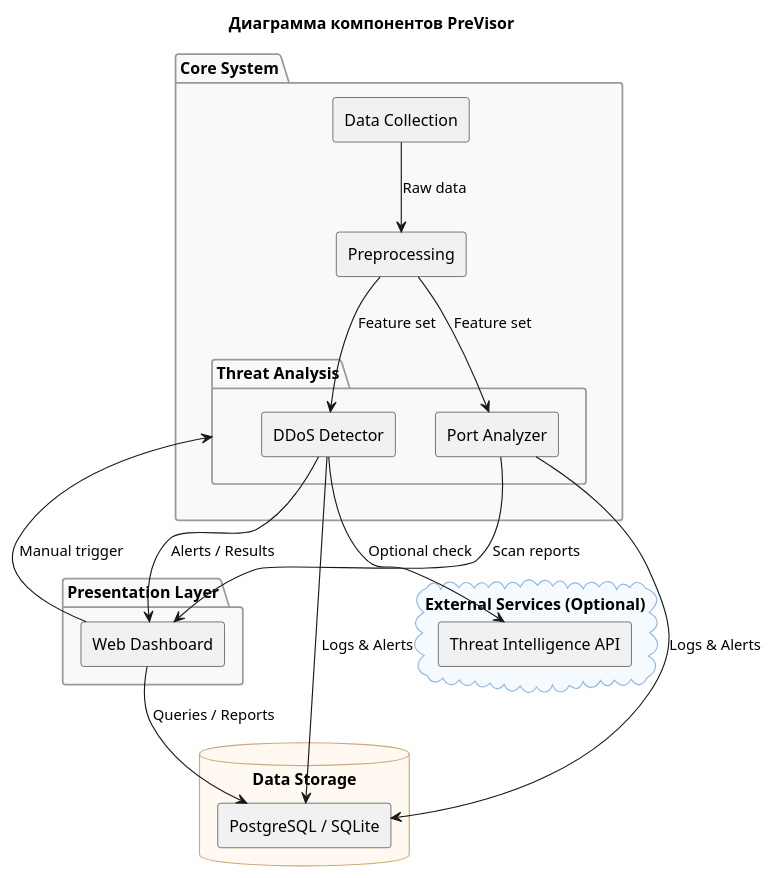
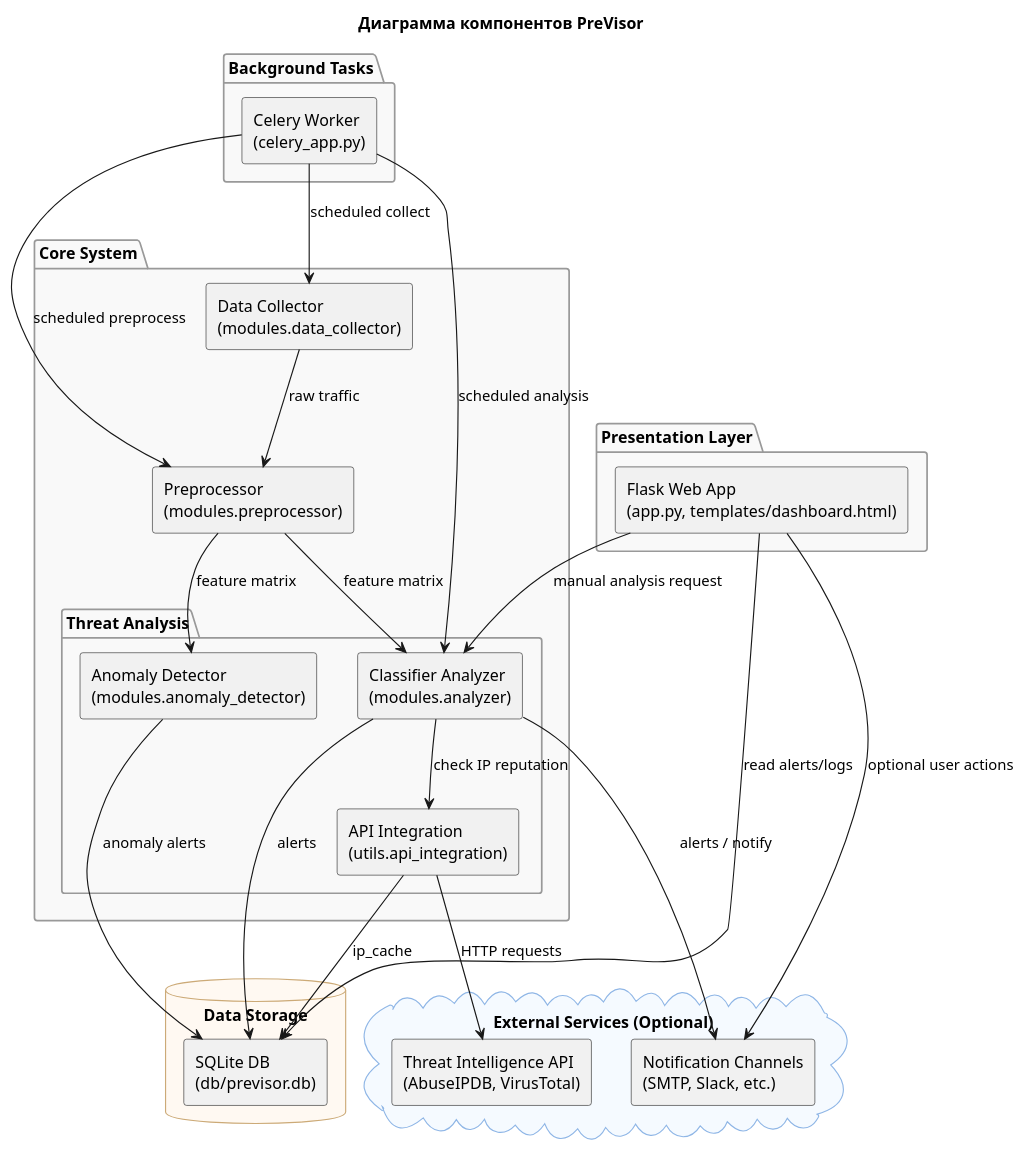
The diagram in static/previsor_component_diagram.puml (k00000tek/previsor), drawn with PlantUML before and after one commit. The commit also changed 38 other files, not shown here.

```diff
--- a/static/previsor_component_diagram.puml
+++ b/static/previsor_component_diagram.puml
@@ -1,59 +1,74 @@
 @startuml
 title Диаграмма компонентов PreVisor
 
-' === Стили ===
 skinparam componentStyle rectangle
 skinparam rectangle {
   BackgroundColor White
   BorderColor #777
   FontColor Black
 }
 skinparam package {
   BackgroundColor #F9F9F9
   BorderColor #999
 }
 skinparam database {
   BackgroundColor #FFF9F2
   BorderColor #CCAA77
 }
 skinparam cloud {
   BackgroundColor #F5FAFF
   BorderColor #8FB6E6
 }
 
-' === Группы компонентов ===
 package "Core System" {
-  [Data Collection]
-  [Preprocessing]
+  [Data Collector\n(modules.data_collector)]
+  [Preprocessor\n(modules.preprocessor)]
 
   package "Threat Analysis" {
-    [DDoS Detector]
-    [Port Analyzer]
+    [Classifier Analyzer\n(modules.analyzer)]
+    [Anomaly Detector\n(modules.anomaly_detector)]
+    [API Integration\n(utils.api_integration)]
   }
 }
 
 package "Presentation Layer" {
-  [Web Dashboard]
+  [Flask Web App\n(app.py, templates/dashboard.html)]
 }
 
 database "Data Storage" {
-  [PostgreSQL / SQLite]
+  [SQLite DB\n(db/previsor.db)]
+}
+
+package "Background Tasks" {
+  [Celery Worker\n(celery_app.py)]
 }
 
 cloud "External Services (Optional)" {
-  [Threat Intelligence API]
+  [Threat Intelligence API\n(AbuseIPDB, VirusTotal)]
+  [Notification Channels\n(SMTP, Slack, etc.)]
 }
 
 ' === Связи ===
-[Data Collection] --> [Preprocessing] : Raw data
-[Preprocessing] --> [DDoS Detector] : Feature set
-[Preprocessing] --> [Port Analyzer] : Feature set
-[DDoS Detector] --> [PostgreSQL / SQLite] : Logs & Alerts
-[Port Analyzer] --> [PostgreSQL / SQLite] : Logs & Alerts
-[Web Dashboard] --> [PostgreSQL / SQLite] : Queries / Reports
-[Web Dashboard] --> [Threat Analysis] : Manual trigger
-[DDoS Detector] --> [Web Dashboard] : Alerts / Results
-[Port Analyzer] --> [Web Dashboard] : Scan reports
-[DDoS Detector] --> [Threat Intelligence API] : Optional check
+[Data Collector\n(modules.data_collector)] --> [Preprocessor\n(modules.preprocessor)] : raw traffic
+[Preprocessor\n(modules.preprocessor)] --> [Classifier Analyzer\n(modules.analyzer)] : feature matrix
+[Preprocessor\n(modules.preprocessor)] --> [Anomaly Detector\n(modules.anomaly_detector)] : feature matrix
+
+[Classifier Analyzer\n(modules.analyzer)] --> [SQLite DB\n(db/previsor.db)] : alerts
+[Anomaly Detector\n(modules.anomaly_detector)] --> [SQLite DB\n(db/previsor.db)] : anomaly alerts
+[API Integration\n(utils.api_integration)] --> [SQLite DB\n(db/previsor.db)] : ip_cache
+
+[Flask Web App\n(app.py, templates/dashboard.html)] --> [SQLite DB\n(db/previsor.db)] : read alerts/logs
+[Flask Web App\n(app.py, templates/dashboard.html)] --> [Classifier Analyzer\n(modules.analyzer)] : manual analysis request
+
+[Classifier Analyzer\n(modules.analyzer)] --> [API Integration\n(utils.api_integration)] : check IP reputation
+[API Integration\n(utils.api_integration)] --> [Threat Intelligence API\n(AbuseIPDB, VirusTotal)] : HTTP requests
+
+[Celery Worker\n(celery_app.py)] --> [Data Collector\n(modules.data_collector)] : scheduled collect
+[Celery Worker\n(celery_app.py)] --> [Preprocessor\n(modules.preprocessor)] : scheduled preprocess
+[Celery Worker\n(celery_app.py)] --> [Classifier Analyzer\n(modules.analyzer)] : scheduled analysis
+
+[Classifier Analyzer\n(modules.analyzer)] --> [Notification Channels\n(SMTP, Slack, etc.)] : alerts / notify
+
+[Flask Web App\n(app.py, templates/dashboard.html)] --> [Notification Channels\n(SMTP, Slack, etc.)] : optional user actions
 
 @enduml
```
